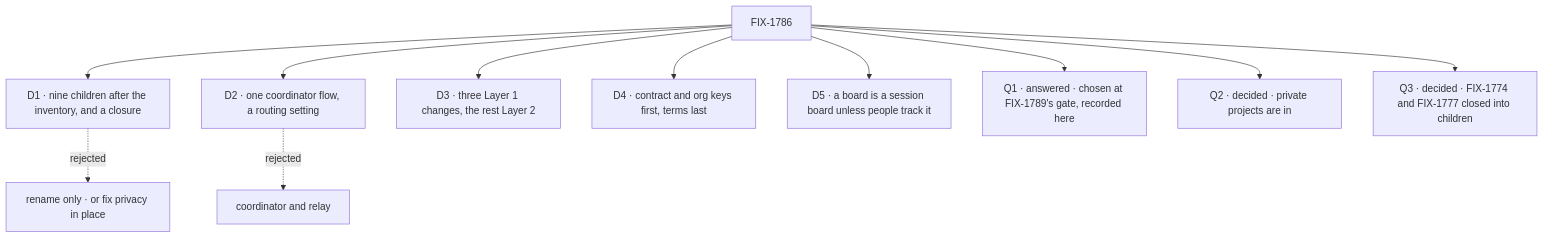
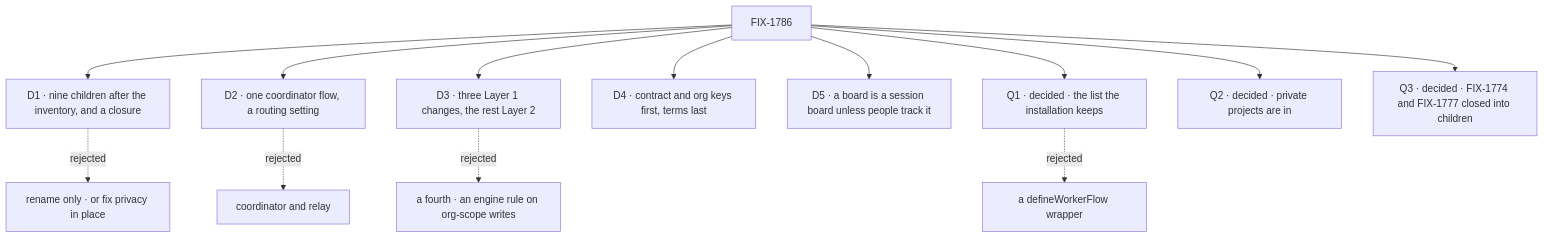
One commit to fixpoint-labs/flow-state-dev changed the diagram in specs/epics/FIX-1786/DECISIONS.md. Above: the diagram before and after it, drawn with Mermaid. The commit also changed other lines of this file and 8 other files, not shown here.

First line of the commit message:
spec(FIX-1786): record Q1 (the list), no engine rule on org scope, link set at create

````diff
--- a/specs/epics/FIX-1786/DECISIONS.md
+++ b/specs/epics/FIX-1786/DECISIONS.md
@@ -14,13 +14,15 @@
 ```mermaid
 flowchart TD
   E["FIX-1786"] --> D1["D1 · nine children after the inventory, and a closure"]
   D1 -.->|"rejected"| X1["rename only · or fix privacy in place"]
   E --> D2["D2 · one coordinator flow, a routing setting"]
   D2 -.->|"rejected"| X2["coordinator and relay"]
   E --> D3["D3 · three Layer 1 changes, the rest Layer 2"]
+  D3 -.->|"rejected"| X3["a fourth · an engine rule on org-scope writes"]
   E --> D4["D4 · contract and org keys first, terms last"]
   E --> D5["D5 · a board is a session board unless people track it"]
-  E --> Q1["Q1 · answered · chosen at FIX-1789's gate, recorded here"]
+  E --> Q1["Q1 · decided · the list the installation keeps"]
+  Q1 -.->|"rejected"| XQ1["a defineWorkerFlow wrapper"]
   E --> Q2["Q2 · decided · private projects are in"]
   E --> Q3["Q3 · decided · FIX-1774 and FIX-1777 closed into children"]
 ```
````
